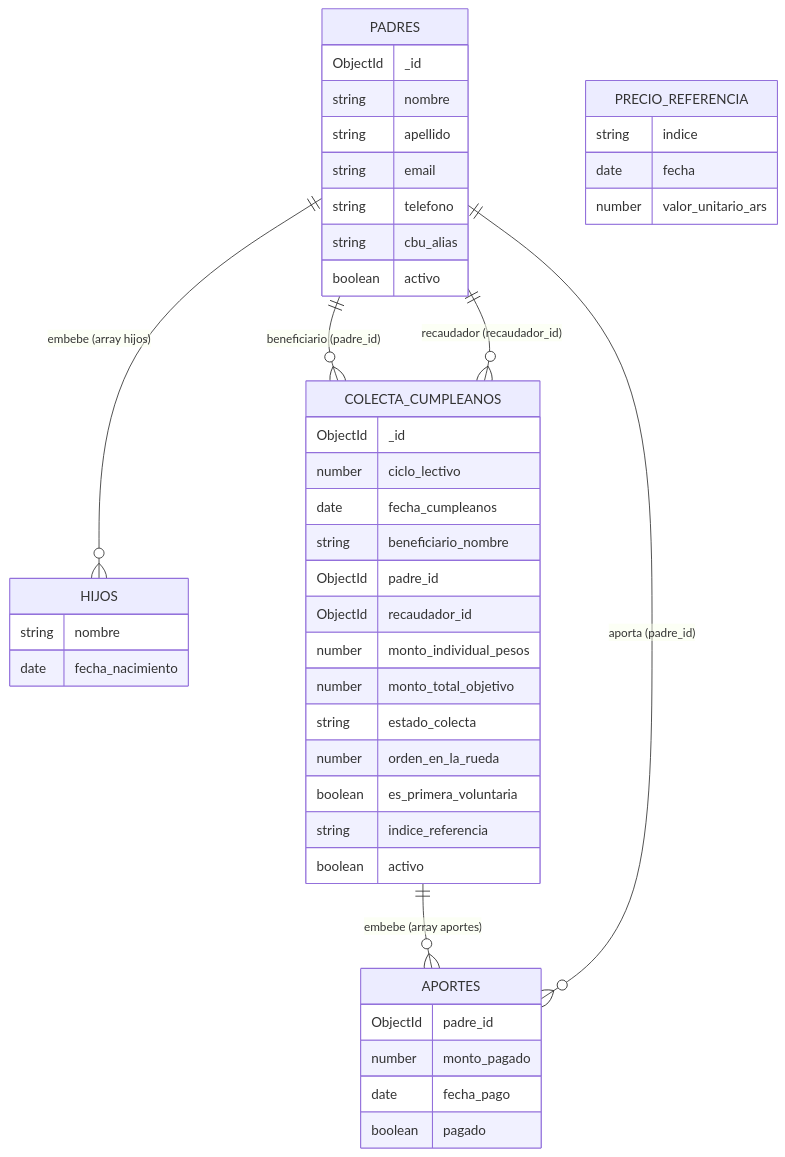
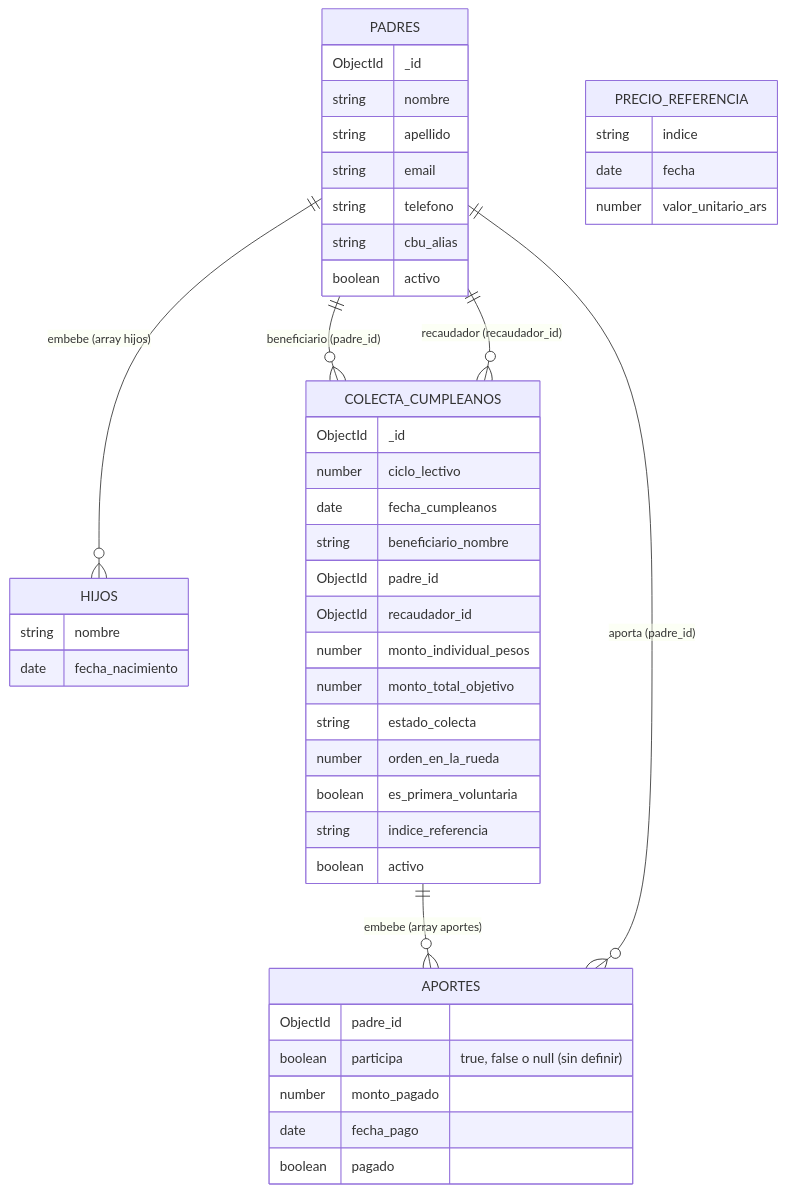
Before and after one commit to Cigarcia1307/TrabajoFinalIntegrador: the diagram in README.md, drawn with Mermaid. The commit also changed other lines of this file, not shown here.

````diff
--- a/README.md
+++ b/README.md
@@ -71,48 +71,49 @@
 ```mermaid
 erDiagram
     PADRES {
         ObjectId _id
         string nombre
         string apellido
         string email
         string telefono
         string cbu_alias
         boolean activo
     }
     HIJOS {
         string nombre
         date fecha_nacimiento
     }
     COLECTA_CUMPLEANOS {
         ObjectId _id
         number ciclo_lectivo
         date fecha_cumpleanos
         string beneficiario_nombre
         ObjectId padre_id
         ObjectId recaudador_id
         number monto_individual_pesos
         number monto_total_objetivo
         string estado_colecta
         number orden_en_la_rueda
         boolean es_primera_voluntaria
         string indice_referencia
         boolean activo
     }
     APORTES {
         ObjectId padre_id
+        boolean participa "true, false o null (sin definir)"
         number monto_pagado
         date fecha_pago
         boolean pagado
     }
     PRECIO_REFERENCIA {
         string indice
         date fecha
         number valor_unitario_ars
     }
 
     PADRES ||--o{ HIJOS : "embebe (array hijos)"
     PADRES ||--o{ COLECTA_CUMPLEANOS : "beneficiario (padre_id)"
     PADRES ||--o{ COLECTA_CUMPLEANOS : "recaudador (recaudador_id)"
     COLECTA_CUMPLEANOS ||--o{ APORTES : "embebe (array aportes)"
     PADRES ||--o{ APORTES : "aporta (padre_id)"
 ```
````
